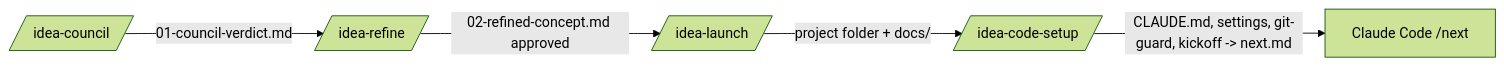
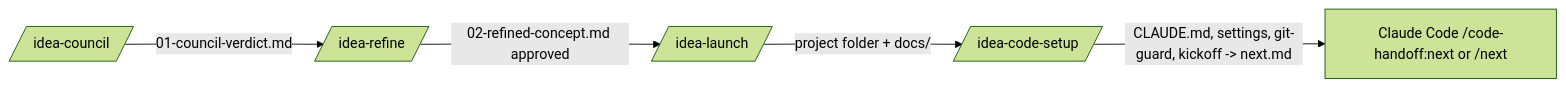
One commit to bawanallahbilyaminu/forge-kit changed the second of 2 diagrams in docs/architecture.md. Above: the diagram before and after it, drawn with Mermaid (forest theme). The commit also changed other lines of this file and 10 other files, not shown here.

````diff
--- a/docs/architecture.md
+++ b/docs/architecture.md
@@ -35,7 +35,7 @@
 ```mermaid
 flowchart LR
   C[/idea-council/] -->|01-council-verdict.md| R[/idea-refine/]
   R -->|02-refined-concept.md approved| L[/idea-launch/]
   L -->|project folder + docs/| S[/idea-code-setup/]
-  S -->|CLAUDE.md, settings, git-guard, kickoff -> next.md| CC[Claude Code /next]
+  S -->|CLAUDE.md, settings, git-guard, kickoff -> next.md| CC[Claude Code /code-handoff:next or /next]
 ```
````
